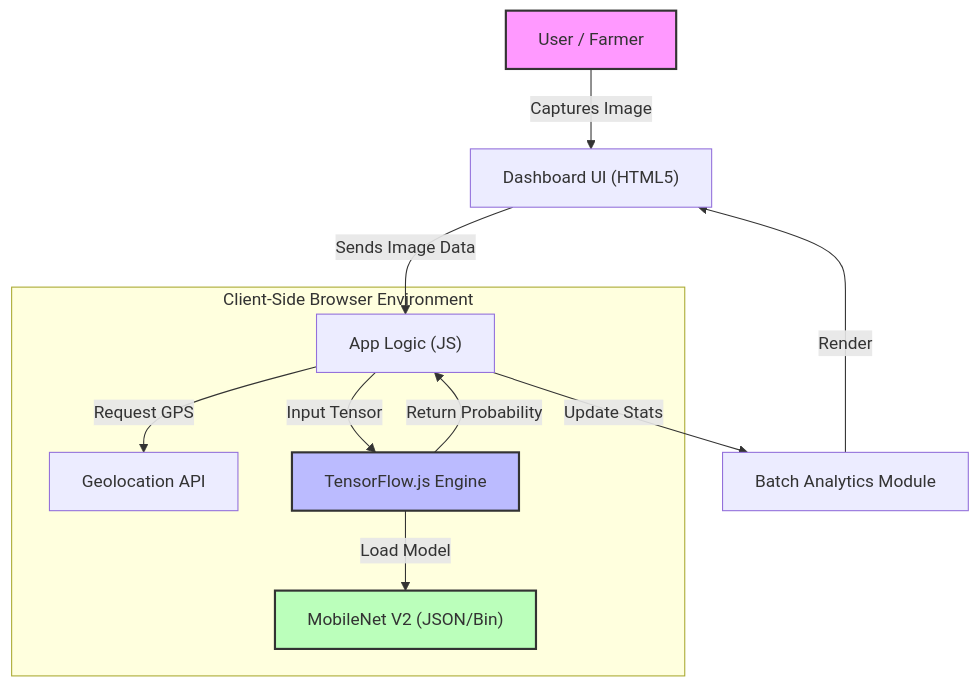
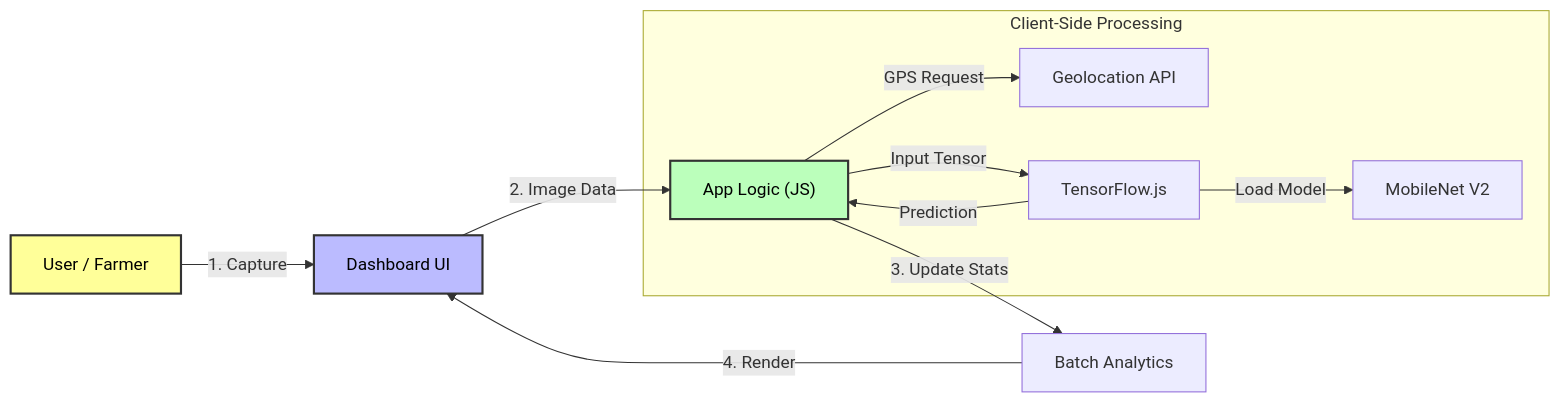
The diagram in ARCHITECTURE.md (GPaul02/Grade-O-Meter), drawn with Mermaid before and after one commit.

````diff
--- a/ARCHITECTURE.md
+++ b/ARCHITECTURE.md
@@ -10,19 +10,19 @@
 ```mermaid
-graph TD
-    User["User / Farmer"] -->|Captures Image| UI["Dashboard UI (HTML5)"]
-    UI -->|Sends Image Data| Logic["App Logic (JS)"]
+graph LR
+    User["User / Farmer"] -->|1. Capture| UI["Dashboard UI"]
+    UI -->|2. Image Data| Logic["App Logic (JS)"]
     
-    subgraph "Client-Side Browser Environment"
-        Logic -->|Request GPS| Geo["Geolocation API"]
-        Logic -->|Input Tensor| TF["TensorFlow.js Engine"]
-        TF -->|Load Model| Model["MobileNet V2 (JSON/Bin)"]
-        TF -->|Return Probability| Logic
+    subgraph "Client-Side Processing"
+        Logic -->|GPS Request| Geo["Geolocation API"]
+        Logic -->|Input Tensor| TF["TensorFlow.js"]
+        TF -->|Load Model| Model["MobileNet V2"]
+        TF -->|Prediction| Logic
     end
     
-    Logic -->|Update Stats| Batch["Batch Analytics Module"]
-    Batch -->|Render| UI
+    Logic -->|3. Update Stats| Batch["Batch Analytics"]
+    Batch -->|4. Render| UI
     
-    style User fill:#f9f,stroke:#333,stroke-width:2px
-    style TF fill:#bbf,stroke:#333,stroke-width:2px
-    style Model fill:#bfb,stroke:#333,stroke-width:2px
+    style User fill:#ff9,stroke:#333,stroke-width:2px,color:black
+    style UI fill:#bbf,stroke:#333,stroke-width:2px,color:black
+    style Logic fill:#bfb,stroke:#333,stroke-width:2px,color:black
 ```
````
